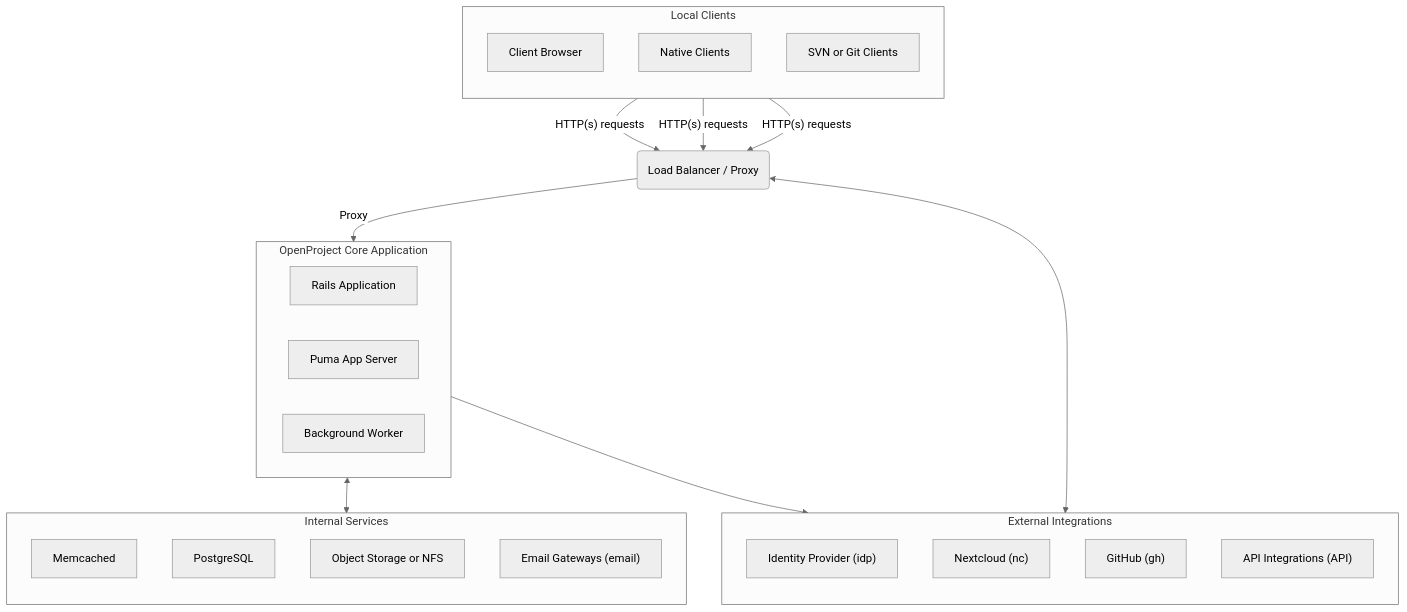
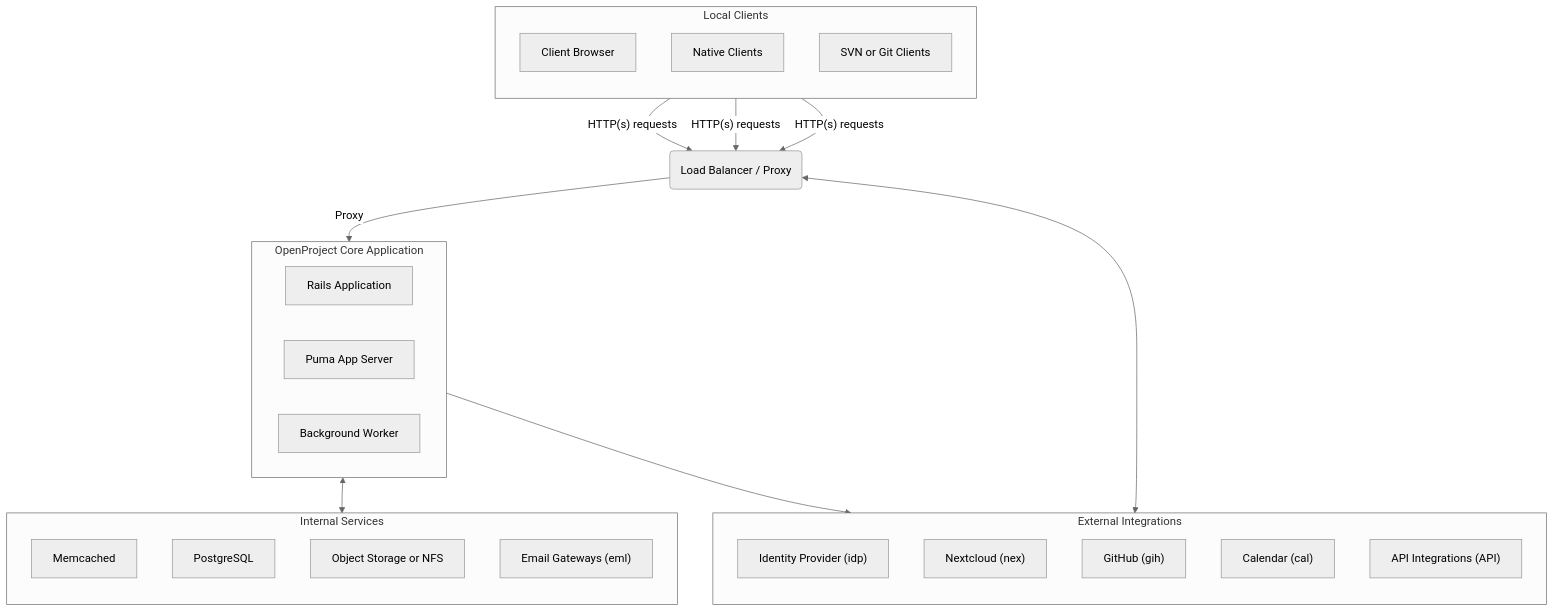
One commit to opf/openproject changed the first of 6 diagrams in docs/development/data-flow/README.md. Above: the diagram before and after it, drawn with Mermaid. The commit also changed other lines of this file, not shown here.

Commit message:
formatting changes to the data flow infos

````diff
--- a/docs/development/data-flow/README.md
+++ b/docs/development/data-flow/README.md
@@ -177,53 +177,54 @@
 ```mermaid
 %%{init: {'theme':'neutral'}}%%
 
 flowchart TD
   browser[Client Browser] -->|"HTTP(s) requests"| loadbalancer(Load Balancer / Proxy)
   A1[Native Clients] -->|"HTTP(s) requests"| loadbalancer
   A2[SVN or Git Clients] -->|"HTTP(s) requests"| loadbalancer
   loadbalancer -->|Proxy| openproject
   
   subgraph openproject[OpenProject Core Application]
     openprojectrailsapp[Rails Application]
     C[Puma App Server]
     D[Background Worker]
   end
 
 
   subgraph integrations[External Integrations]
   direction TB
     idp["Identity Provider (idp)"]
-    N["Nextcloud (nc)"]
-    GitHub["GitHub (gh)"]
+    nex["Nextcloud (nex)"]
+    gih["GitHub (gih)"]
+    cal["Calendar (cal)"]
   	O["API Integrations (API)"]
  
 end
 
   subgraph services[Internal Services]
   direction TB
   	M[Memcached]
 	  P[PostgreSQL]
 	  S[Object Storage or NFS]
-	  email["Email Gateways (email)"]
+	  email["Email Gateways (eml)"]
   end
 
 
   openproject <--> services
   openproject --> integrations
   loadbalancer <--> integrations
   
   subgraph localclients[Local Clients]
   direction TB
 	browser
 	A1
 	A2
 	
 	
 	
 	
 end
 
   
   
 
 ```
````
